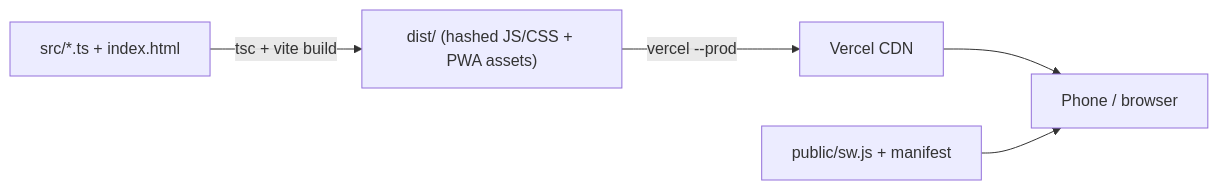
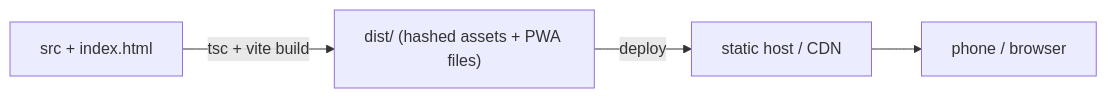
Before and after one commit to Kevin-Edwards57/avenue-run: the seventh of 7 diagrams in ARCHITECTURE.md, drawn with Mermaid. The commit also changed other lines of this file and 3 other files, not shown here.

Commit message:
docs: rewrite README and system architecture; stop tracking local tooling

````diff
--- a/ARCHITECTURE.md
+++ b/ARCHITECTURE.md
@@ -242,7 +206,6 @@
 ```mermaid
 flowchart LR
-  SRC["src/*.ts + index.html"] -->|"tsc + vite build"| DIST["dist/ (hashed JS/CSS + PWA assets)"]
-  DIST -->|vercel --prod| VERCEL["Vercel CDN"]
-  VERCEL --> USER["Phone / browser"]
-  SW["public/sw.js + manifest"] --> USER
+  SRC["src + index.html"] -->|tsc + vite build| DIST["dist/ (hashed assets + PWA files)"]
+  DIST -->|deploy| HOST["static host / CDN"]
+  HOST --> USER["phone / browser"]
 ```
````
